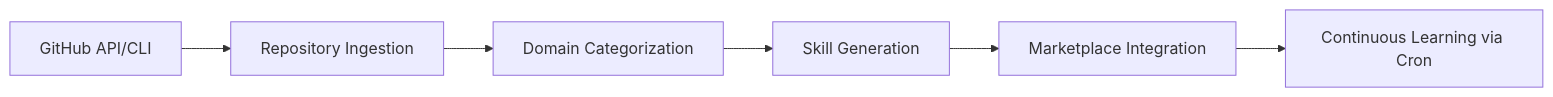
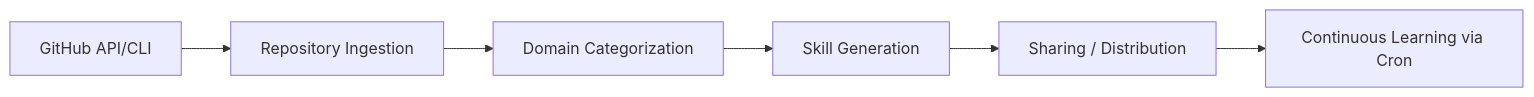
Before and after one commit to BigBossRabbit/starlearner-nexus-hermes-skill: the diagram in SKILL.md, drawn with Mermaid. The commit also changed other lines of this file and 10 other files, not shown here.

````diff
--- a/SKILL.md
+++ b/SKILL.md
@@ -103,8 +103,8 @@
 ```mermaid
 graph LR
     A[GitHub API/CLI] --> B[Repository Ingestion]
     B --> C[Domain Categorization]
     C --> D[Skill Generation]
-    D --> E[Marketplace Integration]
+    D --> E[Sharing / Distribution]
     E --> F[Continuous Learning via Cron]
 ```
````
